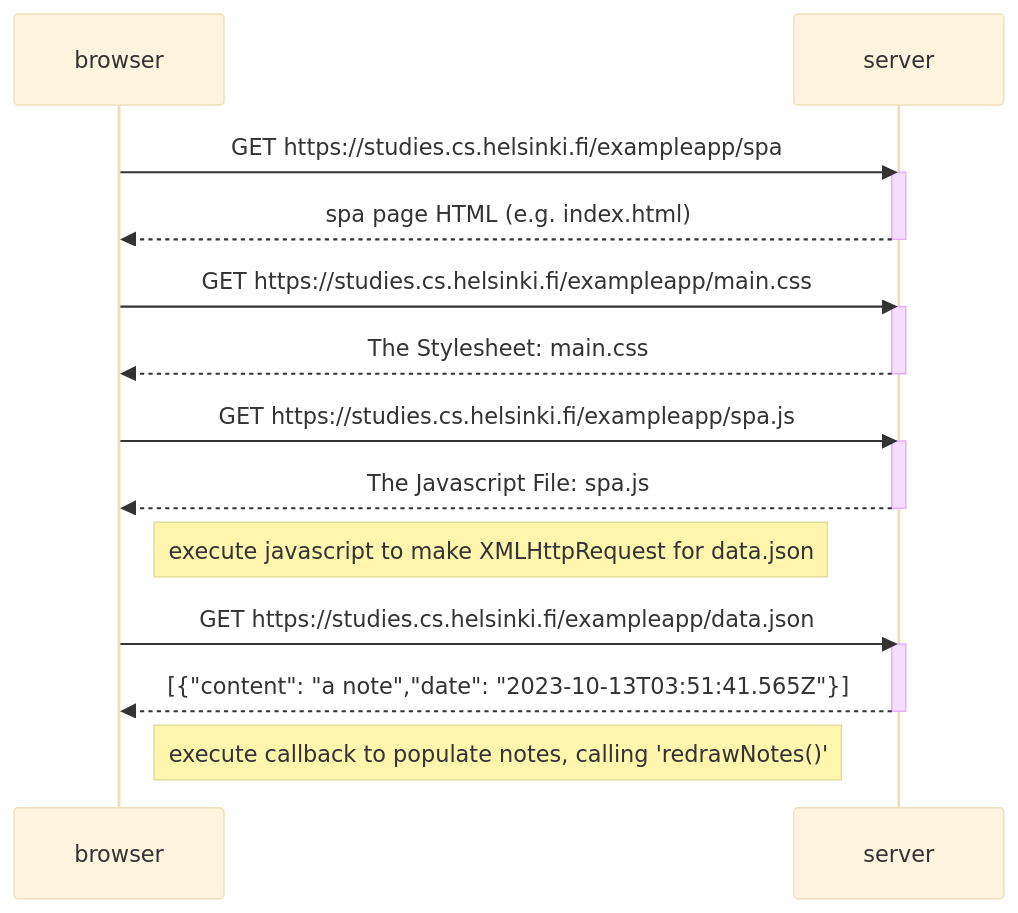
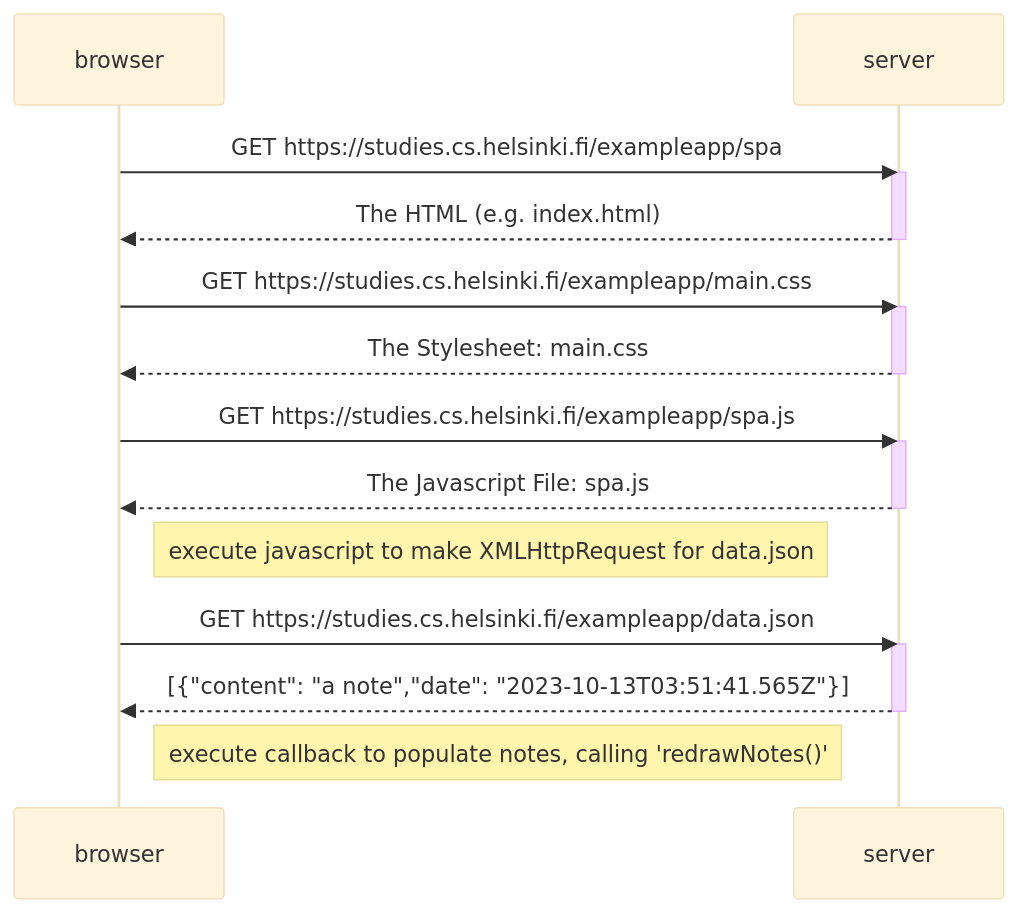
Before and after one commit to derekjwilliams/FullStackOpen: the diagram in part0/0.5_single_page_notes_diagram.md, drawn with Mermaid (base theme).

Commit message:
added callback execution

````diff
--- a/part0/0.5_single_page_notes_diagram.md
+++ b/part0/0.5_single_page_notes_diagram.md
@@ -2,30 +2,30 @@
 ```mermaid 
 sequenceDiagram
   participant browser
   participant server
   browser->>server: GET https://studies.cs.helsinki.fi/exampleapp/spa
 
   activate server
-  server-->>browser: spa page HTML (e.g. index.html)
+  server-->>browser: The HTML (e.g. index.html)
   deactivate server
 
   browser->>server: GET https://studies.cs.helsinki.fi/exampleapp/main.css
 
   activate server
   server-->>browser: The Stylesheet: main.css
   deactivate server
 
   browser->>server: GET https://studies.cs.helsinki.fi/exampleapp/spa.js
 
   activate server
   server-->>browser: The Javascript File: spa.js 
   deactivate server
 
   note right of browser: execute javascript to make XMLHttpRequest for data.json
   browser->>server: GET https://studies.cs.helsinki.fi/exampleapp/data.json
 
   activate server
   server-->>browser: [{"content": "a note","date": "2023-10-13T03:51:41.565Z"}]
   deactivate server
   note right of browser: execute callback to populate notes, calling 'redrawNotes()'
 ```
````
